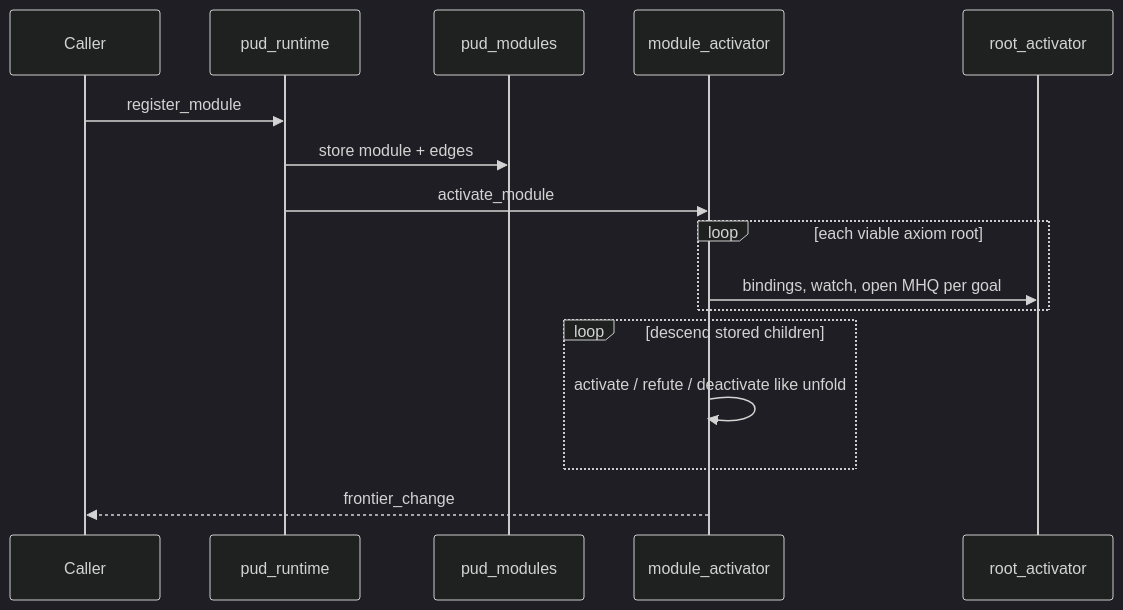
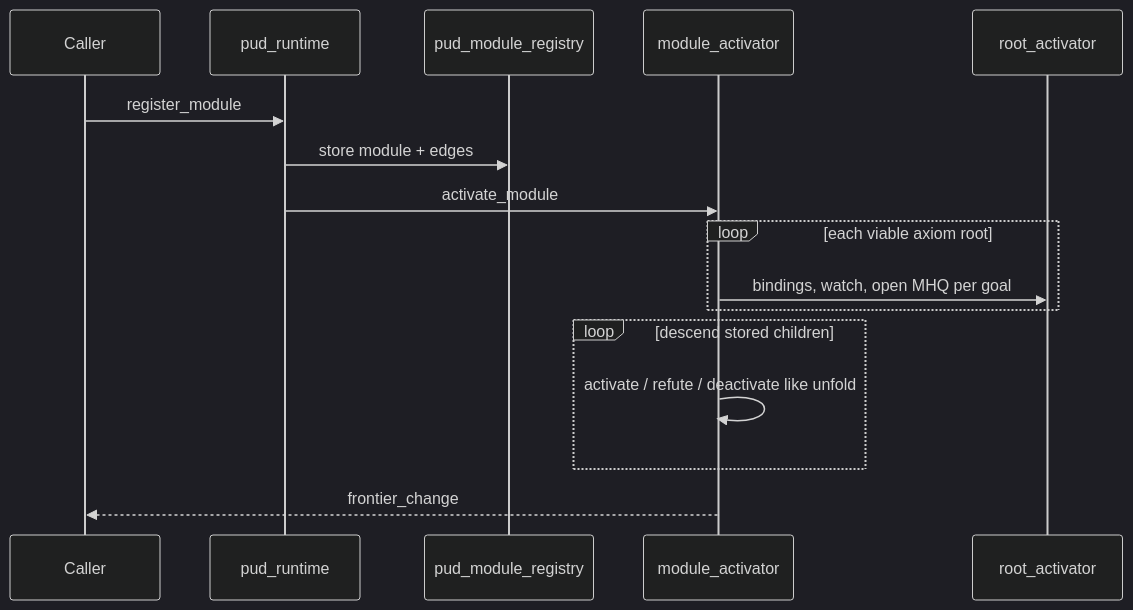
The third of 5 diagrams in docs/pud-architecture.md (team-affix/atlas), drawn with Mermaid (dark theme) before and after one commit. The commit also changed other lines of this file and 45 other files, not shown here.

````diff
--- a/docs/pud-architecture.md
+++ b/docs/pud-architecture.md
@@ -82,19 +82,19 @@
 ```mermaid
 sequenceDiagram
   participant C as Caller
   participant RT as pud_runtime
-  participant M as pud_modules
+  participant M as pud_module_registry
   participant MA as module_activator
   participant RA as root_activator
 
   C->>RT: register_module
   RT->>M: store module + edges
   RT->>MA: activate_module
   loop each viable axiom root
     MA->>RA: bindings, watch, open MHQ per goal
   end
   loop descend stored children
     MA->>MA: activate / refute / deactivate like unfold
   end
   MA-->>C: frontier_change
 ```
````
